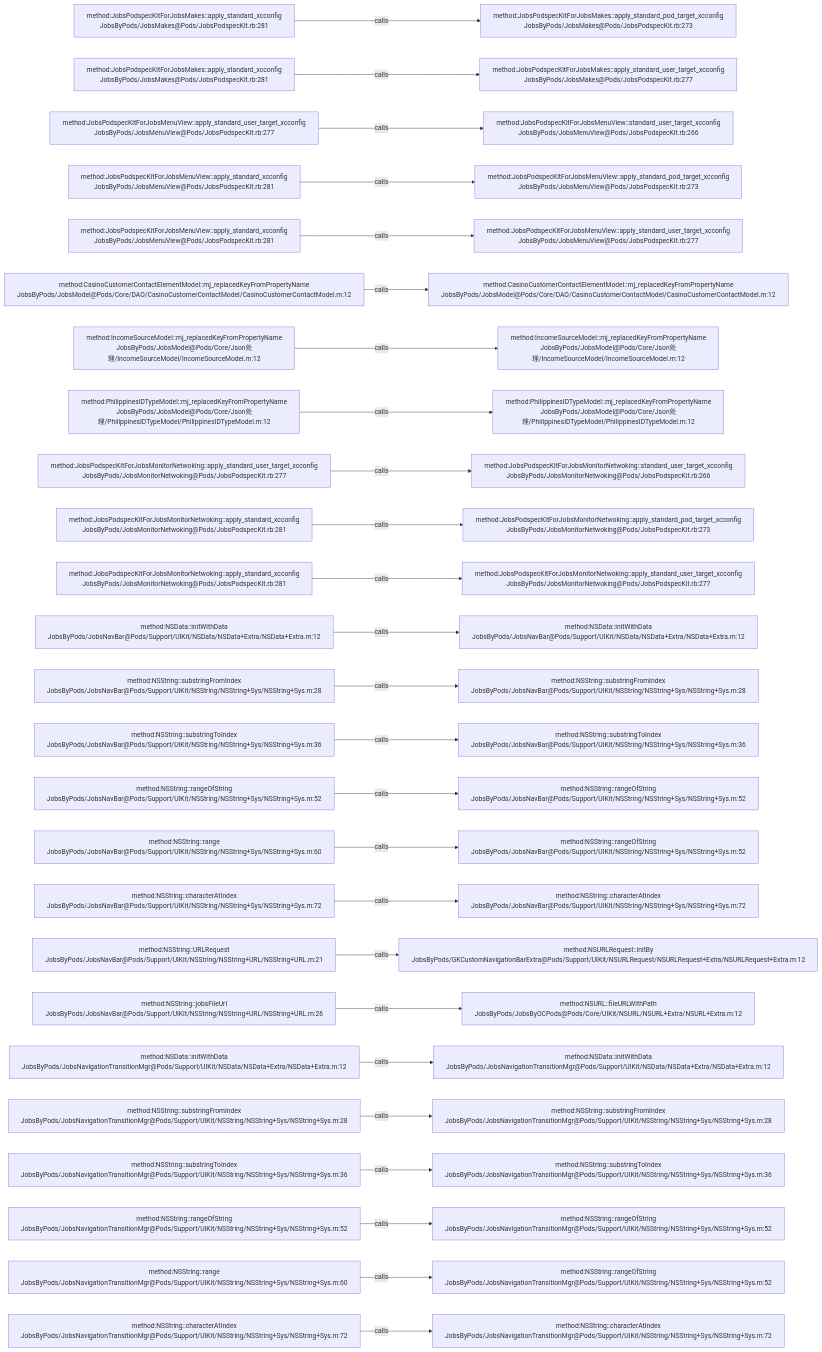
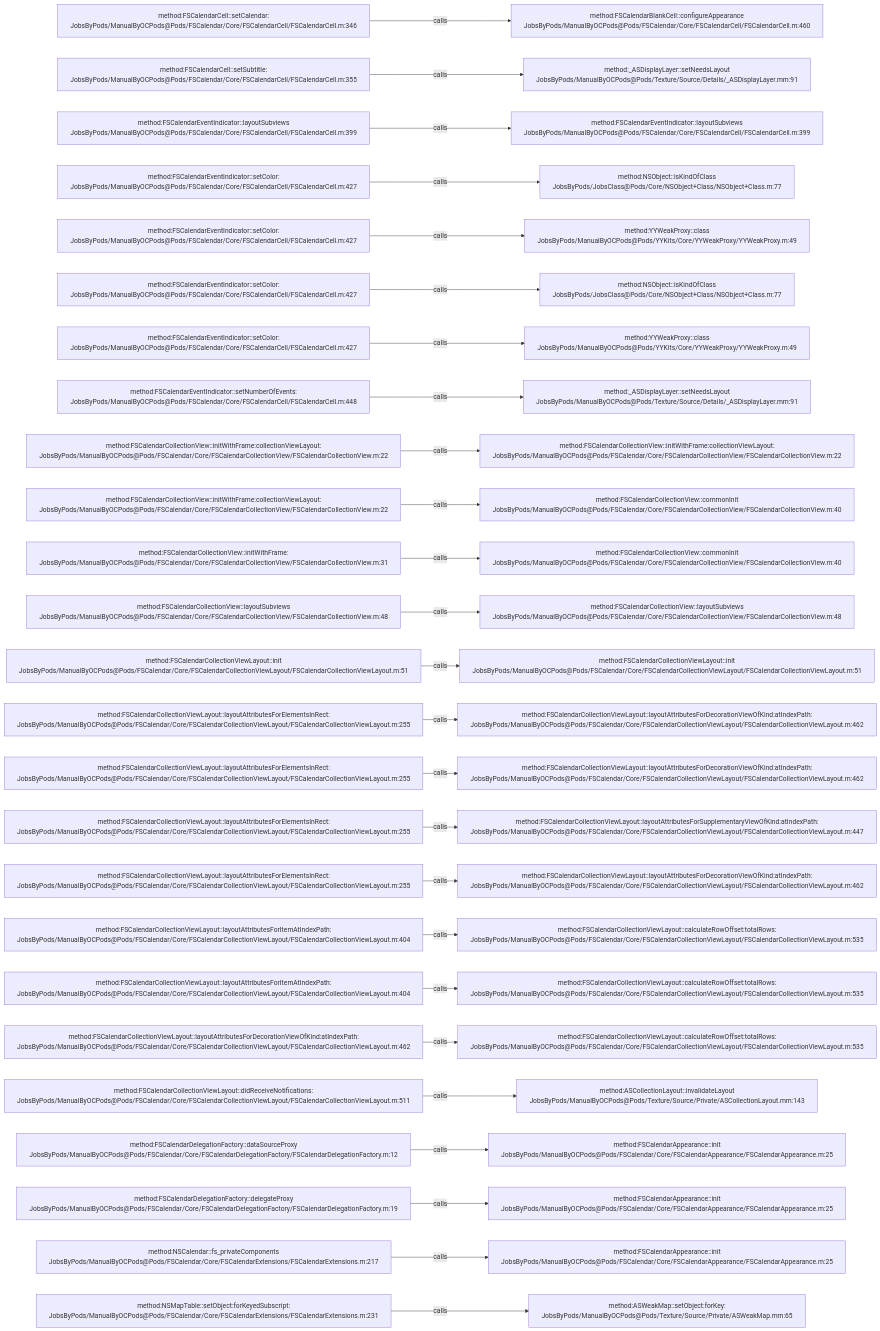
One commit to JobsKits/JobsOCBaseConfigDemo changed the diagram in .codegraph/codegraph.md/graphs/calls-010.md. Above: the diagram before and after it, drawn with Mermaid. The commit also changed 1448 other files, not shown here.

````diff
--- a/.codegraph/codegraph.md/graphs/calls-010.md
+++ b/.codegraph/codegraph.md/graphs/calls-010.md
@@ -13,78 +13,78 @@
 ```mermaid
 flowchart LR
-  S1["method:JobsPodspecKitForJobsMakes::apply_standard_xcconfig<br/>JobsByPods/JobsMakes@Pods/JobsPodspecKit.rb:281"]
-  T1["method:JobsPodspecKitForJobsMakes::apply_standard_pod_target_xcconfig<br/>JobsByPods/JobsMakes@Pods/JobsPodspecKit.rb:273"]
+  S1["method:FSCalendarCell::setCalendar:<br/>JobsByPods/ManualByOCPods@Pods/FSCalendar/Core/FSCalendarCell/FSCalendarCell.m:346"]
+  T1["method:FSCalendarBlankCell::configureAppearance<br/>JobsByPods/ManualByOCPods@Pods/FSCalendar/Core/FSCalendarCell/FSCalendarCell.m:460"]
   S1 -->|calls| T1
-  S2["method:JobsPodspecKitForJobsMakes::apply_standard_xcconfig<br/>JobsByPods/JobsMakes@Pods/JobsPodspecKit.rb:281"]
-  T2["method:JobsPodspecKitForJobsMakes::apply_standard_user_target_xcconfig<br/>JobsByPods/JobsMakes@Pods/JobsPodspecKit.rb:277"]
+  S2["method:FSCalendarCell::setSubtitle:<br/>JobsByPods/ManualByOCPods@Pods/FSCalendar/Core/FSCalendarCell/FSCalendarCell.m:355"]
+  T2["method:_ASDisplayLayer::setNeedsLayout<br/>JobsByPods/ManualByOCPods@Pods/Texture/Source/Details/_ASDisplayLayer.mm:91"]
   S2 -->|calls| T2
-  S3["method:JobsPodspecKitForJobsMenuView::apply_standard_user_target_xcconfig<br/>JobsByPods/JobsMenuView@Pods/JobsPodspecKit.rb:277"]
-  T3["method:JobsPodspecKitForJobsMenuView::standard_user_target_xcconfig<br/>JobsByPods/JobsMenuView@Pods/JobsPodspecKit.rb:266"]
+  S3["method:FSCalendarEventIndicator::layoutSubviews<br/>JobsByPods/ManualByOCPods@Pods/FSCalendar/Core/FSCalendarCell/FSCalendarCell.m:399"]
+  T3["method:FSCalendarEventIndicator::layoutSubviews<br/>JobsByPods/ManualByOCPods@Pods/FSCalendar/Core/FSCalendarCell/FSCalendarCell.m:399"]
   S3 -->|calls| T3
-  S4["method:JobsPodspecKitForJobsMenuView::apply_standard_xcconfig<br/>JobsByPods/JobsMenuView@Pods/JobsPodspecKit.rb:281"]
-  T4["method:JobsPodspecKitForJobsMenuView::apply_standard_pod_target_xcconfig<br/>JobsByPods/JobsMenuView@Pods/JobsPodspecKit.rb:273"]
+  S4["method:FSCalendarEventIndicator::setColor:<br/>JobsByPods/ManualByOCPods@Pods/FSCalendar/Core/FSCalendarCell/FSCalendarCell.m:427"]
+  T4["method:NSObject::isKindOfClass<br/>JobsByPods/JobsClass@Pods/Core/NSObject+Class/NSObject+Class.m:77"]
   S4 -->|calls| T4
-  S5["method:JobsPodspecKitForJobsMenuView::apply_standard_xcconfig<br/>JobsByPods/JobsMenuView@Pods/JobsPodspecKit.rb:281"]
-  T5["method:JobsPodspecKitForJobsMenuView::apply_standard_user_target_xcconfig<br/>JobsByPods/JobsMenuView@Pods/JobsPodspecKit.rb:277"]
+  S5["method:FSCalendarEventIndicator::setColor:<br/>JobsByPods/ManualByOCPods@Pods/FSCalendar/Core/FSCalendarCell/FSCalendarCell.m:427"]
+  T5["method:YYWeakProxy::class<br/>JobsByPods/ManualByOCPods@Pods/YYKits/Core/YYWeakProxy/YYWeakProxy.m:49"]
   S5 -->|calls| T5
-  S6["method:CasinoCustomerContactElementModel::mj_replacedKeyFromPropertyName<br/>JobsByPods/JobsModel@Pods/Core/DAO/CasinoCustomerContactModel/CasinoCustomerContactModel.m:12"]
-  T6["method:CasinoCustomerContactElementModel::mj_replacedKeyFromPropertyName<br/>JobsByPods/JobsModel@Pods/Core/DAO/CasinoCustomerContactModel/CasinoCustomerContactModel.m:12"]
+  S6["method:FSCalendarEventIndicator::setColor:<br/>JobsByPods/ManualByOCPods@Pods/FSCalendar/Core/FSCalendarCell/FSCalendarCell.m:427"]
+  T6["method:NSObject::isKindOfClass<br/>JobsByPods/JobsClass@Pods/Core/NSObject+Class/NSObject+Class.m:77"]
   S6 -->|calls| T6
-  S7["method:IncomeSourceModel::mj_replacedKeyFromPropertyName<br/>JobsByPods/JobsModel@Pods/Core/Json处理/IncomeSourceModel/IncomeSourceModel.m:12"]
-  T7["method:IncomeSourceModel::mj_replacedKeyFromPropertyName<br/>JobsByPods/JobsModel@Pods/Core/Json处理/IncomeSourceModel/IncomeSourceModel.m:12"]
+  S7["method:FSCalendarEventIndicator::setColor:<br/>JobsByPods/ManualByOCPods@Pods/FSCalendar/Core/FSCalendarCell/FSCalendarCell.m:427"]
+  T7["method:YYWeakProxy::class<br/>JobsByPods/ManualByOCPods@Pods/YYKits/Core/YYWeakProxy/YYWeakProxy.m:49"]
   S7 -->|calls| T7
-  S8["method:PhilippinesIDTypeModel::mj_replacedKeyFromPropertyName<br/>JobsByPods/JobsModel@Pods/Core/Json处理/PhilippinesIDTypeModel/PhilippinesIDTypeModel.m:12"]
-  T8["method:PhilippinesIDTypeModel::mj_replacedKeyFromPropertyName<br/>JobsByPods/JobsModel@Pods/Core/Json处理/PhilippinesIDTypeModel/PhilippinesIDTypeModel.m:12"]
+  S8["method:FSCalendarEventIndicator::setNumberOfEvents:<br/>JobsByPods/ManualByOCPods@Pods/FSCalendar/Core/FSCalendarCell/FSCalendarCell.m:448"]
+  T8["method:_ASDisplayLayer::setNeedsLayout<br/>JobsByPods/ManualByOCPods@Pods/Texture/Source/Details/_ASDisplayLayer.mm:91"]
   S8 -->|calls| T8
-  S9["method:JobsPodspecKitForJobsMonitorNetwoking::apply_standard_user_target_xcconfig<br/>JobsByPods/JobsMonitorNetwoking@Pods/JobsPodspecKit.rb:277"]
-  T9["method:JobsPodspecKitForJobsMonitorNetwoking::standard_user_target_xcconfig<br/>JobsByPods/JobsMonitorNetwoking@Pods/JobsPodspecKit.rb:266"]
+  S9["method:FSCalendarCollectionView::initWithFrame:collectionViewLayout:<br/>JobsByPods/ManualByOCPods@Pods/FSCalendar/Core/FSCalendarCollectionView/FSCalendarCollectionView.m:22"]
+  T9["method:FSCalendarCollectionView::initWithFrame:collectionViewLayout:<br/>JobsByPods/ManualByOCPods@Pods/FSCalendar/Core/FSCalendarCollectionView/FSCalendarCollectionView.m:22"]
   S9 -->|calls| T9
-  S10["method:JobsPodspecKitForJobsMonitorNetwoking::apply_standard_xcconfig<br/>JobsByPods/JobsMonitorNetwoking@Pods/JobsPodspecKit.rb:281"]
-  T10["method:JobsPodspecKitForJobsMonitorNetwoking::apply_standard_pod_target_xcconfig<br/>JobsByPods/JobsMonitorNetwoking@Pods/JobsPodspecKit.rb:273"]
+  S10["method:FSCalendarCollectionView::initWithFrame:collectionViewLayout:<br/>JobsByPods/ManualByOCPods@Pods/FSCalendar/Core/FSCalendarCollectionView/FSCalendarCollectionView.m:22"]
+  T10["method:FSCalendarCollectionView::commonInit<br/>JobsByPods/ManualByOCPods@Pods/FSCalendar/Core/FSCalendarCollectionView/FSCalendarCollectionView.m:40"]
   S10 -->|calls| T10
-  S11["method:JobsPodspecKitForJobsMonitorNetwoking::apply_standard_xcconfig<br/>JobsByPods/JobsMonitorNetwoking@Pods/JobsPodspecKit.rb:281"]
-  T11["method:JobsPodspecKitForJobsMonitorNetwoking::apply_standard_user_target_xcconfig<br/>JobsByPods/JobsMonitorNetwoking@Pods/JobsPodspecKit.rb:277"]
+  S11["method:FSCalendarCollectionView::initWithFrame:<br/>JobsByPods/ManualByOCPods@Pods/FSCalendar/Core/FSCalendarCollectionView/FSCalendarCollectionView.m:31"]
+  T11["method:FSCalendarCollectionView::commonInit<br/>JobsByPods/ManualByOCPods@Pods/FSCalendar/Core/FSCalendarCollectionView/FSCalendarCollectionView.m:40"]
   S11 -->|calls| T11
-  S12["method:NSData::initWithData<br/>JobsByPods/JobsNavBar@Pods/Support/UIKit/NSData/NSData+Extra/NSData+Extra.m:12"]
-  T12["method:NSData::initWithData<br/>JobsByPods/JobsNavBar@Pods/Support/UIKit/NSData/NSData+Extra/NSData+Extra.m:12"]
+  S12["method:FSCalendarCollectionView::layoutSubviews<br/>JobsByPods/ManualByOCPods@Pods/FSCalendar/Core/FSCalendarCollectionView/FSCalendarCollectionView.m:48"]
+  T12["method:FSCalendarCollectionView::layoutSubviews<br/>JobsByPods/ManualByOCPods@Pods/FSCalendar/Core/FSCalendarCollectionView/FSCalendarCollectionView.m:48"]
   S12 -->|calls| T12
-  S13["method:NSString::substringFromIndex<br/>JobsByPods/JobsNavBar@Pods/Support/UIKit/NSString/NSString+Sys/NSString+Sys.m:28"]
-  T13["method:NSString::substringFromIndex<br/>JobsByPods/JobsNavBar@Pods/Support/UIKit/NSString/NSString+Sys/NSString+Sys.m:28"]
+  S13["method:FSCalendarCollectionViewLayout::init<br/>JobsByPods/ManualByOCPods@Pods/FSCalendar/Core/FSCalendarCollectionViewLayout/FSCalendarCollectionViewLayout.m:51"]
+  T13["method:FSCalendarCollectionViewLayout::init<br/>JobsByPods/ManualByOCPods@Pods/FSCalendar/Core/FSCalendarCollectionViewLayout/FSCalendarCollectionViewLayout.m:51"]
   S13 -->|calls| T13
-  S14["method:NSString::substringToIndex<br/>JobsByPods/JobsNavBar@Pods/Support/UIKit/NSString/NSString+Sys/NSString+Sys.m:36"]
-  T14["method:NSString::substringToIndex<br/>JobsByPods/JobsNavBar@Pods/Support/UIKit/NSString/NSString+Sys/NSString+Sys.m:36"]
+  S14["method:FSCalendarCollectionViewLayout::layoutAttributesForElementsInRect:<br/>JobsByPods/ManualByOCPods@Pods/FSCalendar/Core/FSCalendarCollectionViewLayout/FSCalendarCollectionViewLayout.m:255"]
+  T14["method:FSCalendarCollectionViewLayout::layoutAttributesForDecorationViewOfKind:atIndexPath:<br/>JobsByPods/ManualByOCPods@Pods/FSCalendar/Core/FSCalendarCollectionViewLayout/FSCalendarCollectionViewLayout.m:462"]
   S14 -->|calls| T14
-  S15["method:NSString::rangeOfString<br/>JobsByPods/JobsNavBar@Pods/Support/UIKit/NSString/NSString+Sys/NSString+Sys.m:52"]
-  T15["method:NSString::rangeOfString<br/>JobsByPods/JobsNavBar@Pods/Support/UIKit/NSString/NSString+Sys/NSString+Sys.m:52"]
+  S15["method:FSCalendarCollectionViewLayout::layoutAttributesForElementsInRect:<br/>JobsByPods/ManualByOCPods@Pods/FSCalendar/Core/FSCalendarCollectionViewLayout/FSCalendarCollectionViewLayout.m:255"]
+  T15["method:FSCalendarCollectionViewLayout::layoutAttributesForDecorationViewOfKind:atIndexPath:<br/>JobsByPods/ManualByOCPods@Pods/FSCalendar/Core/FSCalendarCollectionViewLayout/FSCalendarCollectionViewLayout.m:462"]
   S15 -->|calls| T15
-  S16["method:NSString::range<br/>JobsByPods/JobsNavBar@Pods/Support/UIKit/NSString/NSString+Sys/NSString+Sys.m:60"]
-  T16["method:NSString::rangeOfString<br/>JobsByPods/JobsNavBar@Pods/Support/UIKit/NSString/NSString+Sys/NSString+Sys.m:52"]
+  S16["method:FSCalendarCollectionViewLayout::layoutAttributesForElementsInRect:<br/>JobsByPods/ManualByOCPods@Pods/FSCalendar/Core/FSCalendarCollectionViewLayout/FSCalendarCollectionViewLayout.m:255"]
+  T16["method:FSCalendarCollectionViewLayout::layoutAttributesForSupplementaryViewOfKind:atIndexPath:<br/>JobsByPods/ManualByOCPods@Pods/FSCalendar/Core/FSCalendarCollectionViewLayout/FSCalendarCollectionViewLayout.m:447"]
   S16 -->|calls| T16
-  S17["method:NSString::characterAtIndex<br/>JobsByPods/JobsNavBar@Pods/Support/UIKit/NSString/NSString+Sys/NSString+Sys.m:72"]
-  T17["method:NSString::characterAtIndex<br/>JobsByPods/JobsNavBar@Pods/Support/UIKit/NSString/NSString+Sys/NSString+Sys.m:72"]
+  S17["method:FSCalendarCollectionViewLayout::layoutAttributesForElementsInRect:<br/>JobsByPods/ManualByOCPods@Pods/FSCalendar/Core/FSCalendarCollectionViewLayout/FSCalendarCollectionViewLayout.m:255"]
+  T17["method:FSCalendarCollectionViewLayout::layoutAttributesForDecorationViewOfKind:atIndexPath:<br/>JobsByPods/ManualByOCPods@Pods/FSCalendar/Core/FSCalendarCollectionViewLayout/FSCalendarCollectionViewLayout.m:462"]
   S17 -->|calls| T17
-  S18["method:NSString::URLRequest<br/>JobsByPods/JobsNavBar@Pods/Support/UIKit/NSString/NSString+URL/NSString+URL.m:21"]
-  T18["method:NSURLRequest::initBy<br/>JobsByPods/GKCustomNavigationBarExtra@Pods/Support/UIKit/NSURLRequest/NSURLRequest+Extra/NSURLRequest+Extra.m:12"]
+  S18["method:FSCalendarCollectionViewLayout::layoutAttributesForItemAtIndexPath:<br/>JobsByPods/ManualByOCPods@Pods/FSCalendar/Core/FSCalendarCollectionViewLayout/FSCalendarCollectionViewLayout.m:404"]
+  T18["method:FSCalendarCollectionViewLayout::calculateRowOffset:totalRows:<br/>JobsByPods/ManualByOCPods@Pods/FSCalendar/Core/FSCalendarCollectionViewLayout/FSCalendarCollectionViewLayout.m:535"]
   S18 -->|calls| T18
-  S19["method:NSString::jobsFileUrl<br/>JobsByPods/JobsNavBar@Pods/Support/UIKit/NSString/NSString+URL/NSString+URL.m:26"]
-  T19["method:NSURL::fileURLWithPath<br/>JobsByPods/JobsByOCPods@Pods/Core/UIKit/NSURL/NSURL+Extra/NSURL+Extra.m:12"]
+  S19["method:FSCalendarCollectionViewLayout::layoutAttributesForItemAtIndexPath:<br/>JobsByPods/ManualByOCPods@Pods/FSCalendar/Core/FSCalendarCollectionViewLayout/FSCalendarCollectionViewLayout.m:404"]
+  T19["method:FSCalendarCollectionViewLayout::calculateRowOffset:totalRows:<br/>JobsByPods/ManualByOCPods@Pods/FSCalendar/Core/FSCalendarCollectionViewLayout/FSCalendarCollectionViewLayout.m:535"]
   S19 -->|calls| T19
-  S20["method:NSData::initWithData<br/>JobsByPods/JobsNavigationTransitionMgr@Pods/Support/UIKit/NSData/NSData+Extra/NSData+Extra.m:12"]
-  T20["method:NSData::initWithData<br/>JobsByPods/JobsNavigationTransitionMgr@Pods/Support/UIKit/NSData/NSData+Extra/NSData+Extra.m:12"]
+  S20["method:FSCalendarCollectionViewLayout::layoutAttributesForDecorationViewOfKind:atIndexPath:<br/>JobsByPods/ManualByOCPods@Pods/FSCalendar/Core/FSCalendarCollectionViewLayout/FSCalendarCollectionViewLayout.m:462"]
+  T20["method:FSCalendarCollectionViewLayout::calculateRowOffset:totalRows:<br/>JobsByPods/ManualByOCPods@Pods/FSCalendar/Core/FSCalendarCollectionViewLayout/FSCalendarCollectionViewLayout.m:535"]
   S20 -->|calls| T20
-  S21["method:NSString::substringFromIndex<br/>JobsByPods/JobsNavigationTransitionMgr@Pods/Support/UIKit/NSString/NSString+Sys/NSString+Sys.m:28"]
-  T21["method:NSString::substringFromIndex<br/>JobsByPods/JobsNavigationTransitionMgr@Pods/Support/UIKit/NSString/NSString+Sys/NSString+Sys.m:28"]
+  S21["method:FSCalendarCollectionViewLayout::didReceiveNotifications:<br/>JobsByPods/ManualByOCPods@Pods/FSCalendar/Core/FSCalendarCollectionViewLayout/FSCalendarCollectionViewLayout.m:511"]
+  T21["method:ASCollectionLayout::invalidateLayout<br/>JobsByPods/ManualByOCPods@Pods/Texture/Source/Private/ASCollectionLayout.mm:143"]
   S21 -->|calls| T21
-  S22["method:NSString::substringToIndex<br/>JobsByPods/JobsNavigationTransitionMgr@Pods/Support/UIKit/NSString/NSString+Sys/NSString+Sys.m:36"]
-  T22["method:NSString::substringToIndex<br/>JobsByPods/JobsNavigationTransitionMgr@Pods/Support/UIKit/NSString/NSString+Sys/NSString+Sys.m:36"]
+  S22["method:FSCalendarDelegationFactory::dataSourceProxy<br/>JobsByPods/ManualByOCPods@Pods/FSCalendar/Core/FSCalendarDelegationFactory/FSCalendarDelegationFactory.m:12"]
+  T22["method:FSCalendarAppearance::init<br/>JobsByPods/ManualByOCPods@Pods/FSCalendar/Core/FSCalendarAppearance/FSCalendarAppearance.m:25"]
   S22 -->|calls| T22
-  S23["method:NSString::rangeOfString<br/>JobsByPods/JobsNavigationTransitionMgr@Pods/Support/UIKit/NSString/NSString+Sys/NSString+Sys.m:52"]
-  T23["method:NSString::rangeOfString<br/>JobsByPods/JobsNavigationTransitionMgr@Pods/Support/UIKit/NSString/NSString+Sys/NSString+Sys.m:52"]
+  S23["method:FSCalendarDelegationFactory::delegateProxy<br/>JobsByPods/ManualByOCPods@Pods/FSCalendar/Core/FSCalendarDelegationFactory/FSCalendarDelegationFactory.m:19"]
+  T23["method:FSCalendarAppearance::init<br/>JobsByPods/ManualByOCPods@Pods/FSCalendar/Core/FSCalendarAppearance/FSCalendarAppearance.m:25"]
   S23 -->|calls| T23
-  S24["method:NSString::range<br/>JobsByPods/JobsNavigationTransitionMgr@Pods/Support/UIKit/NSString/NSString+Sys/NSString+Sys.m:60"]
-  T24["method:NSString::rangeOfString<br/>JobsByPods/JobsNavigationTransitionMgr@Pods/Support/UIKit/NSString/NSString+Sys/NSString+Sys.m:52"]
+  S24["method:NSCalendar::fs_privateComponents<br/>JobsByPods/ManualByOCPods@Pods/FSCalendar/Core/FSCalendarExtensions/FSCalendarExtensions.m:217"]
+  T24["method:FSCalendarAppearance::init<br/>JobsByPods/ManualByOCPods@Pods/FSCalendar/Core/FSCalendarAppearance/FSCalendarAppearance.m:25"]
   S24 -->|calls| T24
-  S25["method:NSString::characterAtIndex<br/>JobsByPods/JobsNavigationTransitionMgr@Pods/Support/UIKit/NSString/NSString+Sys/NSString+Sys.m:72"]
-  T25["method:NSString::characterAtIndex<br/>JobsByPods/JobsNavigationTransitionMgr@Pods/Support/UIKit/NSString/NSString+Sys/NSString+Sys.m:72"]
+  S25["method:NSMapTable::setObject:forKeyedSubscript:<br/>JobsByPods/ManualByOCPods@Pods/FSCalendar/Core/FSCalendarExtensions/FSCalendarExtensions.m:231"]
+  T25["method:ASWeakMap::setObject:forKey:<br/>JobsByPods/ManualByOCPods@Pods/Texture/Source/Private/ASWeakMap.mm:65"]
   S25 -->|calls| T25
 ```
````
